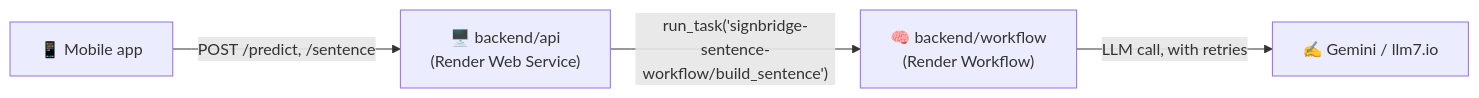
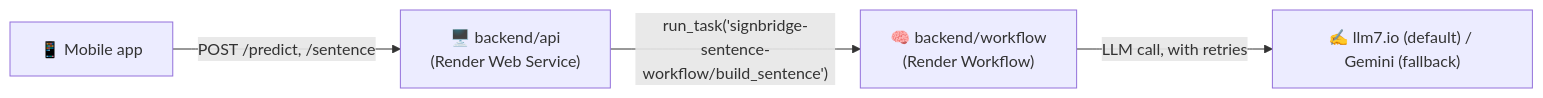
Before and after one commit to arslan-ahm/SignBridge: the diagram in backend/README.md, drawn with Mermaid. The commit also changed other lines of this file and 6 other files, not shown here.

````diff
--- a/backend/README.md
+++ b/backend/README.md
@@ -8,6 +8,6 @@
 ```mermaid
 flowchart LR
     Mobile["📱 Mobile app"] -->|"POST /predict, /sentence"| API["🖥️ backend/api\n(Render Web Service)"]
     API -->|"run_task('signbridge-sentence-workflow/build_sentence')"| WF["🧠 backend/workflow\n(Render Workflow)"]
-    WF -->|"LLM call, with retries"| LLM["✍️ Gemini / llm7.io"]
+    WF -->|"LLM call, with retries"| LLM["✍️ llm7.io (default) / Gemini (fallback)"]
 ```
````
